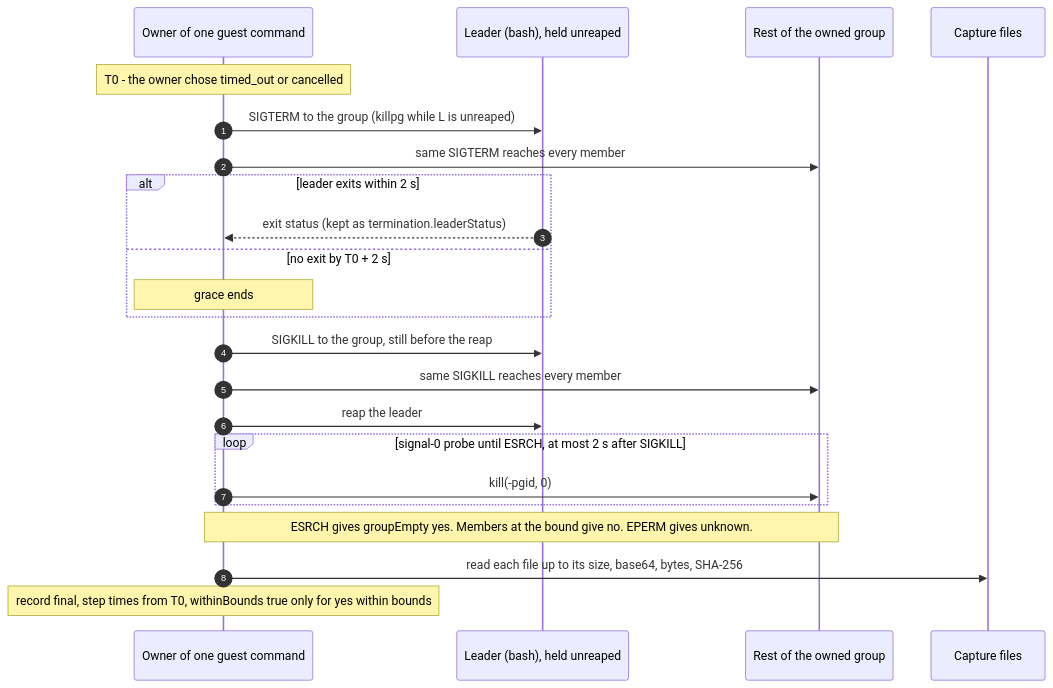
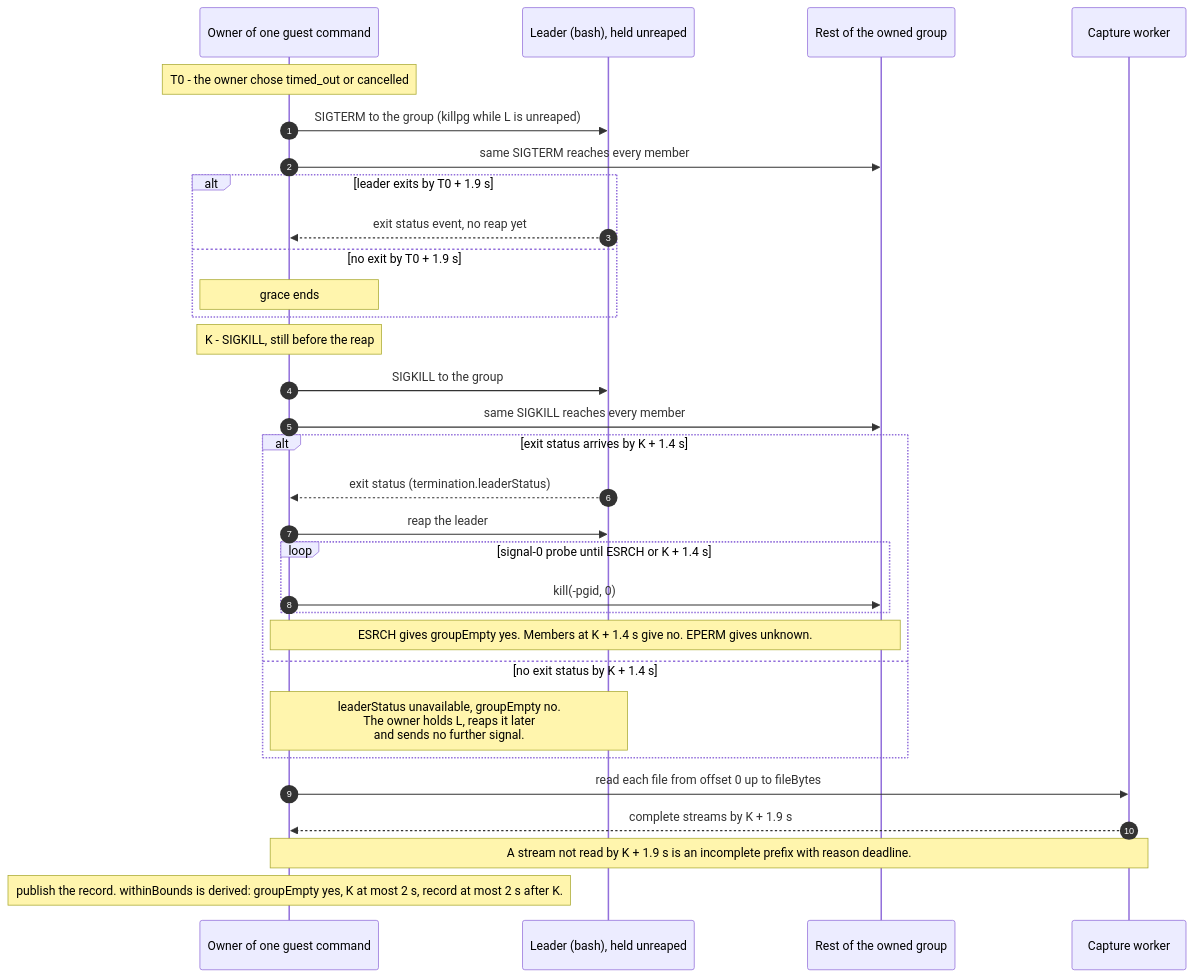
One commit to Linkuistics/TestAnyware changed the diagram in docs/design/guest-command-lifecycle/terminate.mmd. Above: the diagram before and after it, drawn with Mermaid. The commit also changed 10 other files, not shown here.

```diff
--- a/docs/design/guest-command-lifecycle/terminate.mmd
+++ b/docs/design/guest-command-lifecycle/terminate.mmd
@@ -1,23 +1,31 @@
 sequenceDiagram
   autonumber
   participant O as Owner of one guest command
   participant L as Leader (bash), held unreaped
   participant G as Rest of the owned group
-  participant F as Capture files
+  participant W as Capture worker
   Note over O: T0 - the owner chose timed_out or cancelled
   O->>L: SIGTERM to the group (killpg while L is unreaped)
   O->>G: same SIGTERM reaches every member
-  alt leader exits within 2 s
-    L-->>O: exit status (kept as termination.leaderStatus)
-  else no exit by T0 + 2 s
+  alt leader exits by T0 + 1.9 s
+    L-->>O: exit status event, no reap yet
+  else no exit by T0 + 1.9 s
     Note over O: grace ends
   end
-  O->>L: SIGKILL to the group, still before the reap
+  Note over O: K - SIGKILL, still before the reap
+  O->>L: SIGKILL to the group
   O->>G: same SIGKILL reaches every member
-  O->>L: reap the leader
-  loop signal-0 probe until ESRCH, at most 2 s after SIGKILL
-    O->>G: kill(-pgid, 0)
+  alt exit status arrives by K + 1.4 s
+    L-->>O: exit status (termination.leaderStatus)
+    O->>L: reap the leader
+    loop signal-0 probe until ESRCH or K + 1.4 s
+      O->>G: kill(-pgid, 0)
+    end
+    Note over O,G: ESRCH gives groupEmpty yes. Members at K + 1.4 s give no. EPERM gives unknown.
+  else no exit status by K + 1.4 s
+    Note over O,L: leaderStatus unavailable, groupEmpty no.<br/>The owner holds L, reaps it later<br/>and sends no further signal.
   end
-  Note over O,G: ESRCH gives groupEmpty yes. Members at the bound give no. EPERM gives unknown.
-  O->>F: read each file up to its size, base64, bytes, SHA-256
-  Note over O: record final, step times from T0, withinBounds true only for yes within bounds
+  O->>W: read each file from offset 0 up to fileBytes
+  W-->>O: complete streams by K + 1.9 s
+  Note over O,W: A stream not read by K + 1.9 s is an incomplete prefix with reason deadline.
+  Note over O: publish the record. withinBounds is derived: groupEmpty yes, K at most 2 s, record at most 2 s after K.
```
